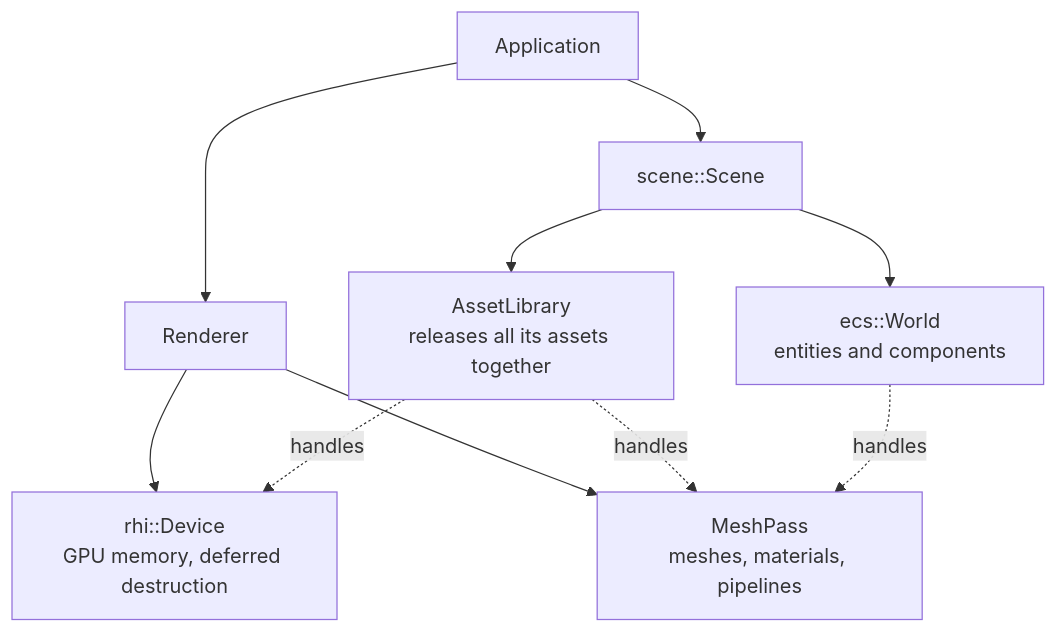
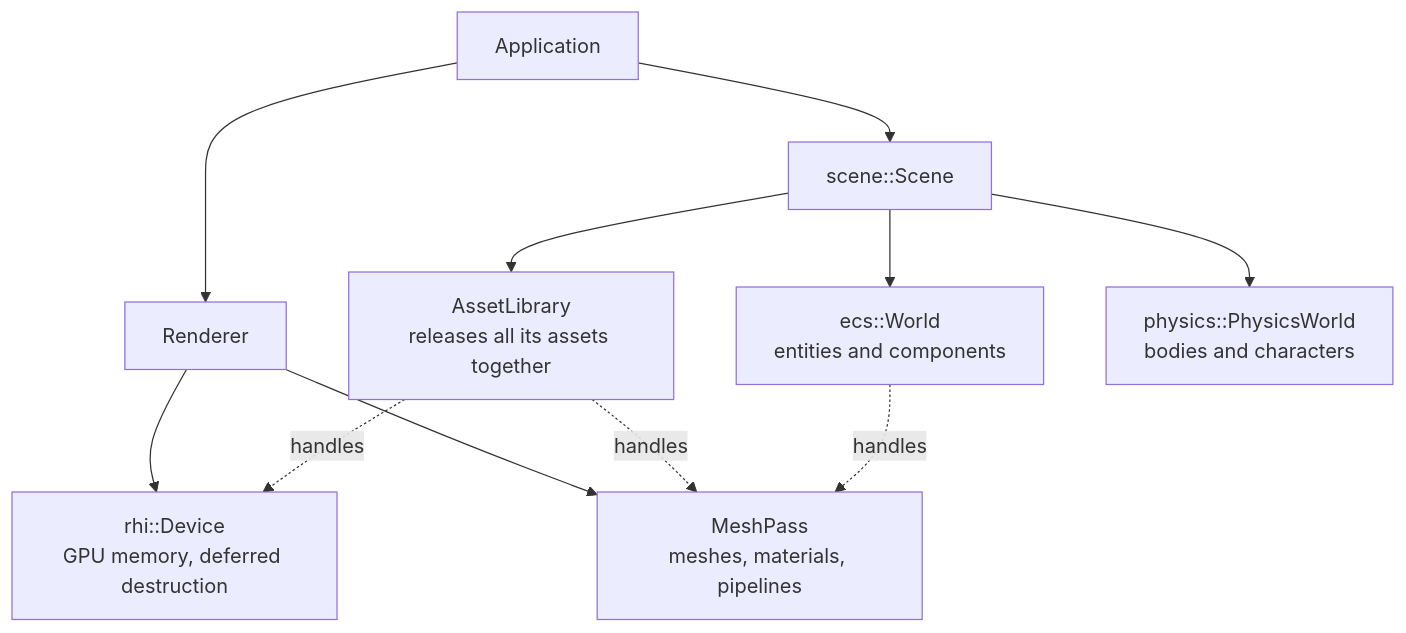
One commit to SBXdev3D/daidalos-engine-next changed the fifth of 6 diagrams in docs/ARCHITECTURE.md. Above: the diagram before and after it, drawn with Mermaid. The commit also changed other lines of this file and 26 other files, not shown here.

````diff
--- a/docs/ARCHITECTURE.md
+++ b/docs/ARCHITECTURE.md
@@ -145,12 +149,13 @@
 ```mermaid
 flowchart TD
     App["Application"] --> Renderer
     Renderer --> Device["rhi::Device<br/>GPU memory, deferred destruction"]
     Renderer --> MeshPass["MeshPass<br/>meshes, materials, pipelines"]
     App --> Scene["scene::Scene"]
     Scene --> Library["AssetLibrary<br/>releases all its assets together"]
     Scene --> World["ecs::World<br/>entities and components"]
+    Scene --> Physics["physics::PhysicsWorld<br/>bodies and characters"]
     Library -. "handles" .-> MeshPass
     Library -. "handles" .-> Device
     World -. "handles" .-> MeshPass
 ```
````
